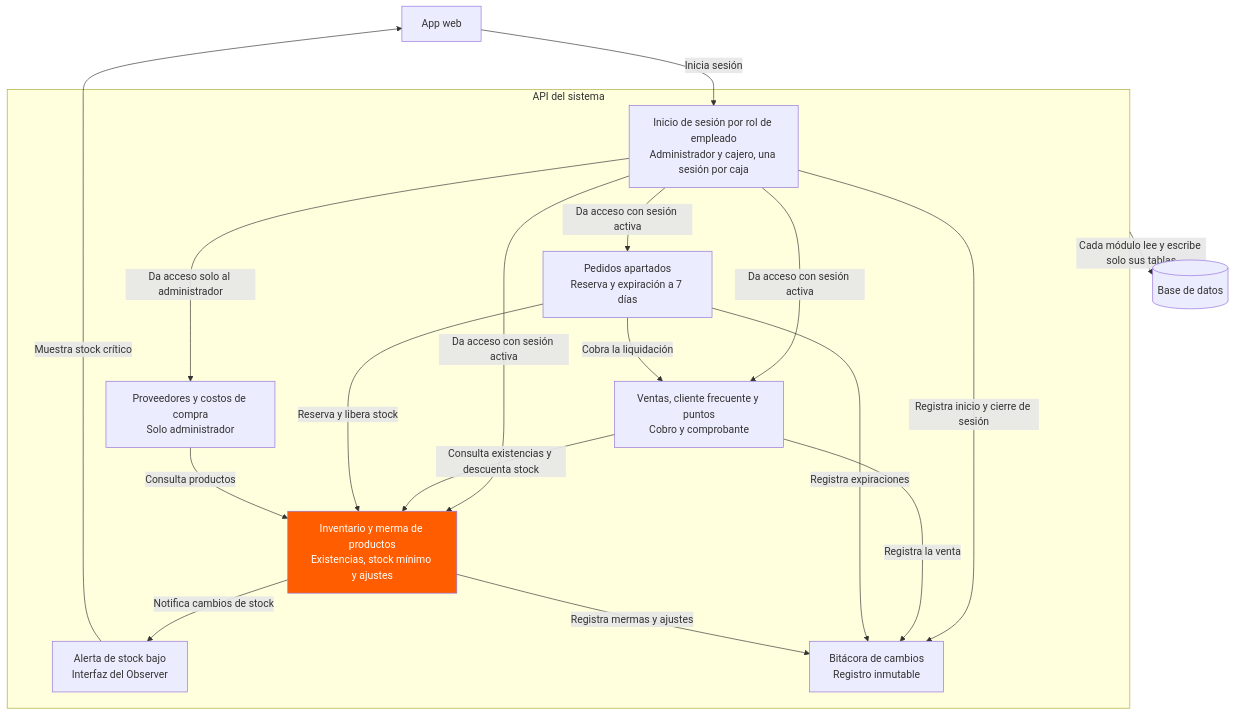
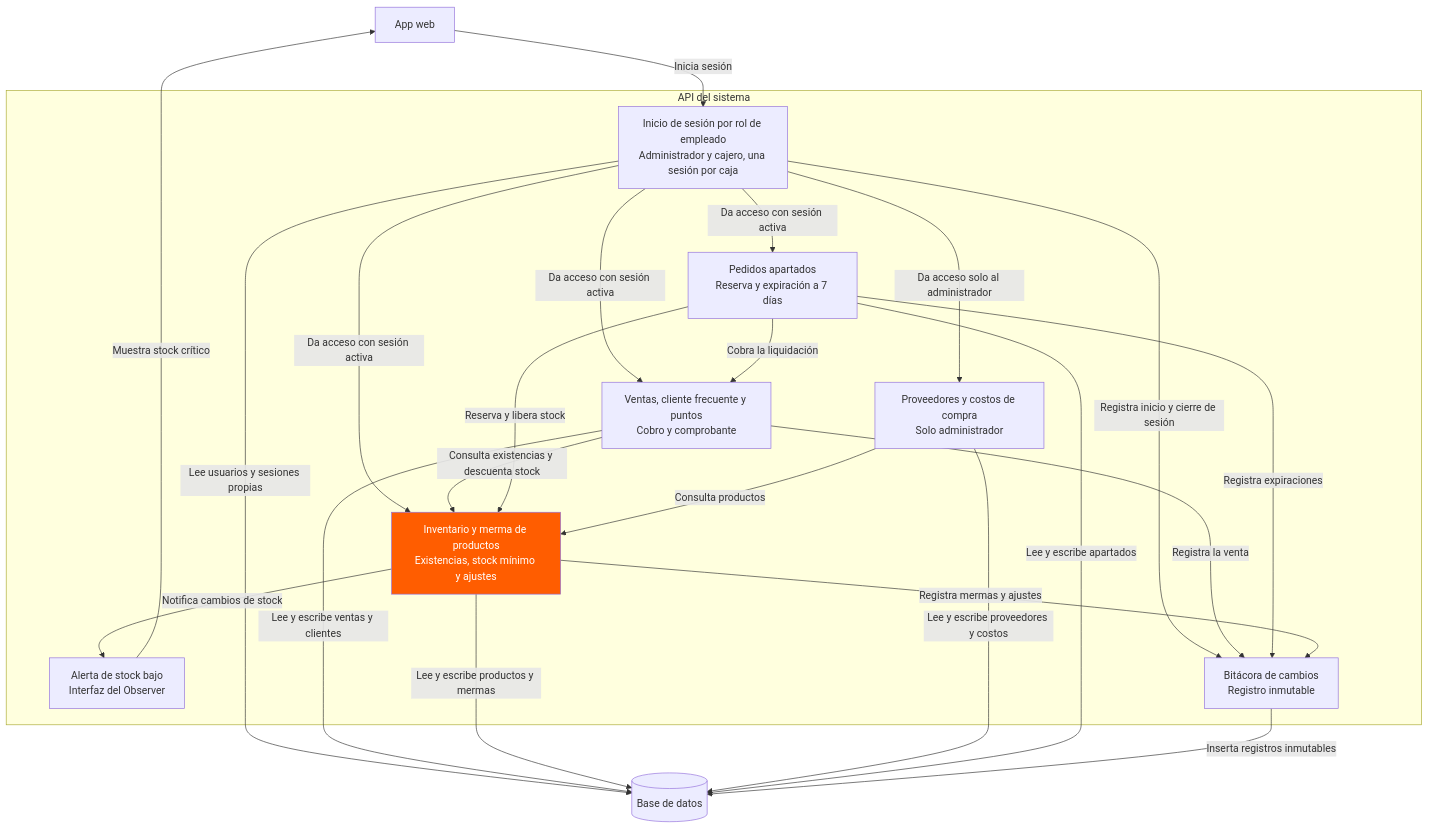
The third of 7 diagrams in docs/arch/Diagramas-de-arquitectura-Minimarket-Control.md (Invader395/Ingenieria-de-Software), drawn with Mermaid before and after one commit. The commit also changed other lines of this file, not shown here.

First line of the commit message:
Revise architecture diagrams with C4 levels

````diff
--- a/docs/arch/Diagramas-de-arquitectura-Minimarket-Control.md
+++ b/docs/arch/Diagramas-de-arquitectura-Minimarket-Control.md
@@ -45,38 +49,43 @@
 ```mermaid
 flowchart TD
     web["App web"]
 
     subgraph api["API del sistema"]
         aut["Inicio de sesión por rol de empleado<br/>Administrador y cajero, una sesión por caja"]
         pos["Ventas, cliente frecuente y puntos<br/>Cobro y comprobante"]
         inv["Inventario y merma de productos<br/>Existencias, stock mínimo y ajustes"]
         prov["Proveedores y costos de compra<br/>Solo administrador"]
         apart["Pedidos apartados<br/>Reserva y expiración a 7 días"]
         alert["Alerta de stock bajo<br/>Interfaz del Observer"]
         aud["Bitácora de cambios<br/>Registro inmutable"]
     end
 
     db[("Base de datos")]
 
     web -->|Inicia sesión| aut
 
     aut -->|Da acceso con sesión activa| pos
     aut -->|Da acceso con sesión activa| inv
     aut -->|Da acceso con sesión activa| apart
     aut -->|Da acceso solo al administrador| prov
     aut -->|Registra inicio y cierre de sesión| aud
 
     pos -->|Consulta existencias y descuenta stock| inv
     pos -->|Registra la venta| aud
     apart -->|Reserva y libera stock| inv
     apart -->|Cobra la liquidación| pos
     apart -->|Registra expiraciones| aud
     inv -->|Notifica cambios de stock| alert
     inv -->|Registra mermas y ajustes| aud
     alert -->|Muestra stock crítico| web
     prov -->|Consulta productos| inv
 
-    api -->|Cada módulo lee y escribe solo sus tablas| db
+    aut -->|Lee usuarios y sesiones propias| db
+    pos -->|Lee y escribe ventas y clientes| db
+    inv -->|Lee y escribe productos y mermas| db
+    prov -->|Lee y escribe proveedores y costos| db
+    apart -->|Lee y escribe apartados| db
+    aud -->|Inserta registros inmutables| db
 
     style inv fill:#ff5d00,color:#fff
 ```
````
